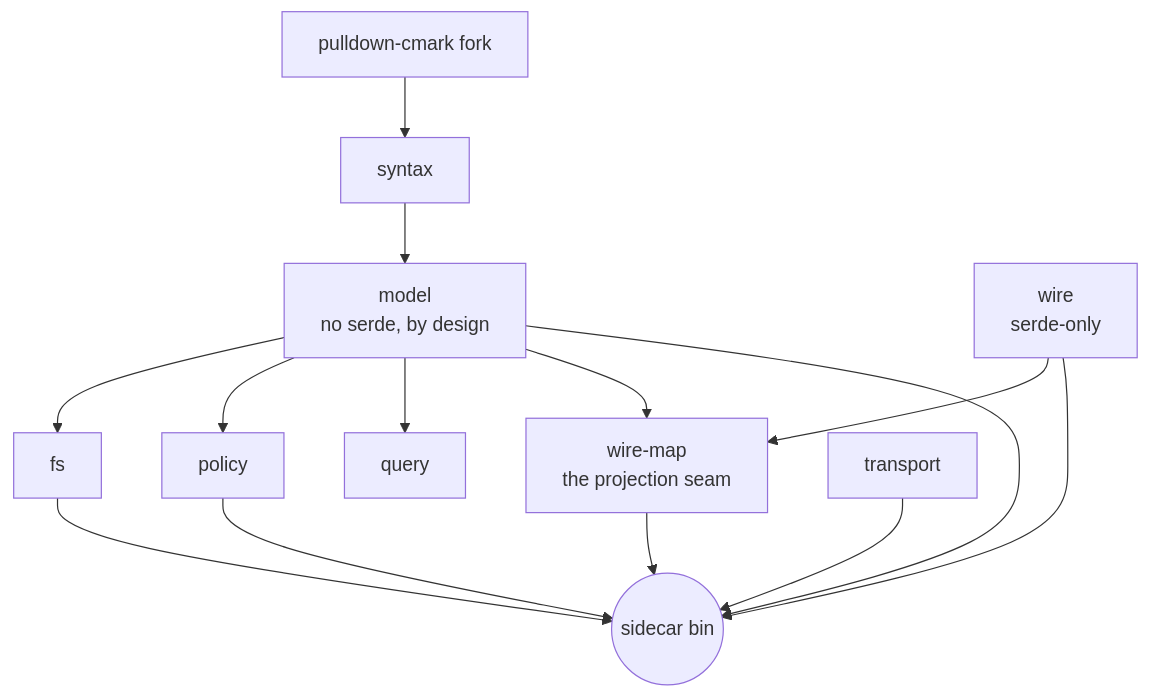
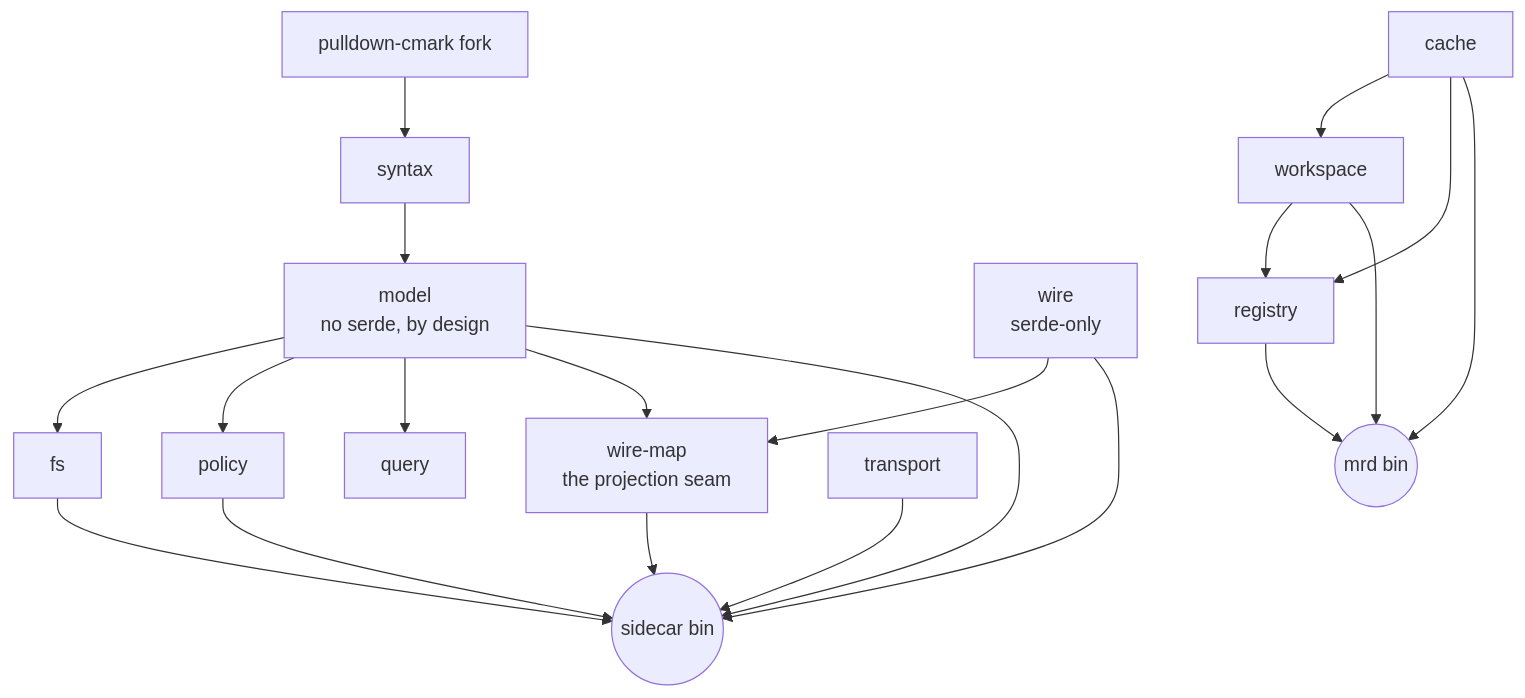
One commit to caoer/meridian-rs changed the diagram in README.md. Above: the diagram before and after it, drawn with Mermaid. The commit also changed other lines of this file and 19 other files, not shown here.

First line of the commit message:
ws-foundation: add crates/mrd — the mrd CLI wiring workspace+cache+registry

````diff
--- a/README.md
+++ b/README.md
@@ -42,16 +48,22 @@
 ```mermaid
 graph TD
     PD[pulldown-cmark fork] --> SYN[syntax]
     SYN --> MOD[model<br/>no serde, by design]
     MOD --> FS[fs]
     MOD --> POL[policy]
     MOD --> QRY[query]
     MOD --> WMAP[wire-map<br/>the projection seam]
     WIRE[wire<br/>serde-only] --> WMAP
     TR[transport] --> SC((sidecar bin))
     MOD --> SC
     FS --> SC
     WIRE --> SC
     WMAP --> SC
     POL --> SC
+    CACHE[cache] --> WS[workspace]
+    WS --> REG[registry]
+    CACHE --> REG
+    WS --> MRD((mrd bin))
+    CACHE --> MRD
+    REG --> MRD
 ```
````
